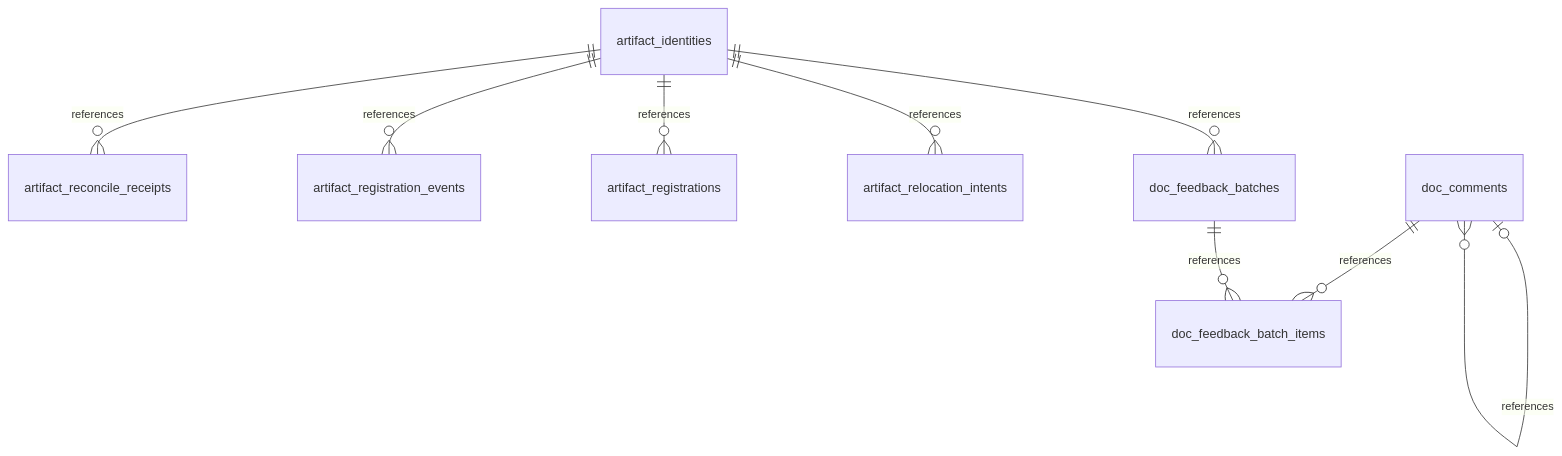
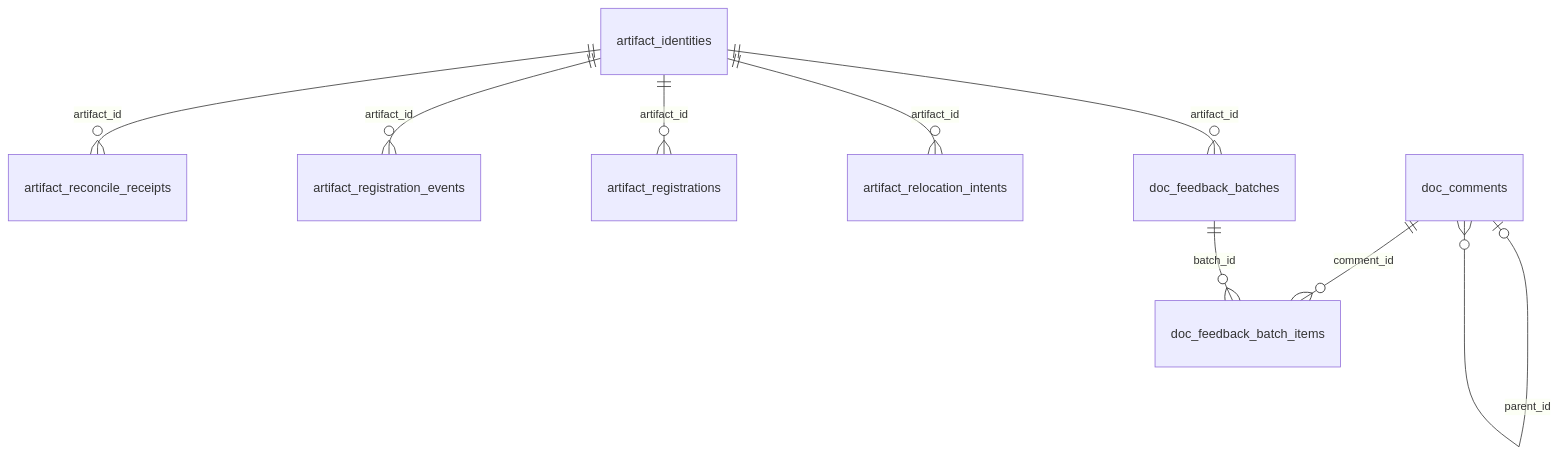
The first of 4 diagrams in docs/reference/data-model/documents-and-artifacts.md (cebertowicz/corsia), drawn with Mermaid before and after one commit. The commit also changed other lines of this file and 10 other files, not shown here.

````diff
--- a/docs/reference/data-model/documents-and-artifacts.md
+++ b/docs/reference/data-model/documents-and-artifacts.md
@@ -7,11 +7,11 @@
 ```mermaid
 erDiagram
-    artifact_identities ||--o{ artifact_reconcile_receipts : references
-    artifact_identities ||--o{ artifact_registration_events : references
-    artifact_identities ||--o{ artifact_registrations : references
-    artifact_identities ||--o{ artifact_relocation_intents : references
-    doc_comments o|--o{ doc_comments : references
-    doc_comments ||--o{ doc_feedback_batch_items : references
-    doc_feedback_batches ||--o{ doc_feedback_batch_items : references
-    artifact_identities ||--o{ doc_feedback_batches : references
+    artifact_identities ||--o{ artifact_reconcile_receipts : artifact_id
+    artifact_identities ||--o{ artifact_registration_events : artifact_id
+    artifact_identities ||--o{ artifact_registrations : artifact_id
+    artifact_identities ||--o{ artifact_relocation_intents : artifact_id
+    doc_comments o|--o{ doc_comments : parent_id
+    doc_comments ||--o{ doc_feedback_batch_items : comment_id
+    doc_feedback_batches ||--o{ doc_feedback_batch_items : batch_id
+    artifact_identities ||--o{ doc_feedback_batches : artifact_id
 ```
````
